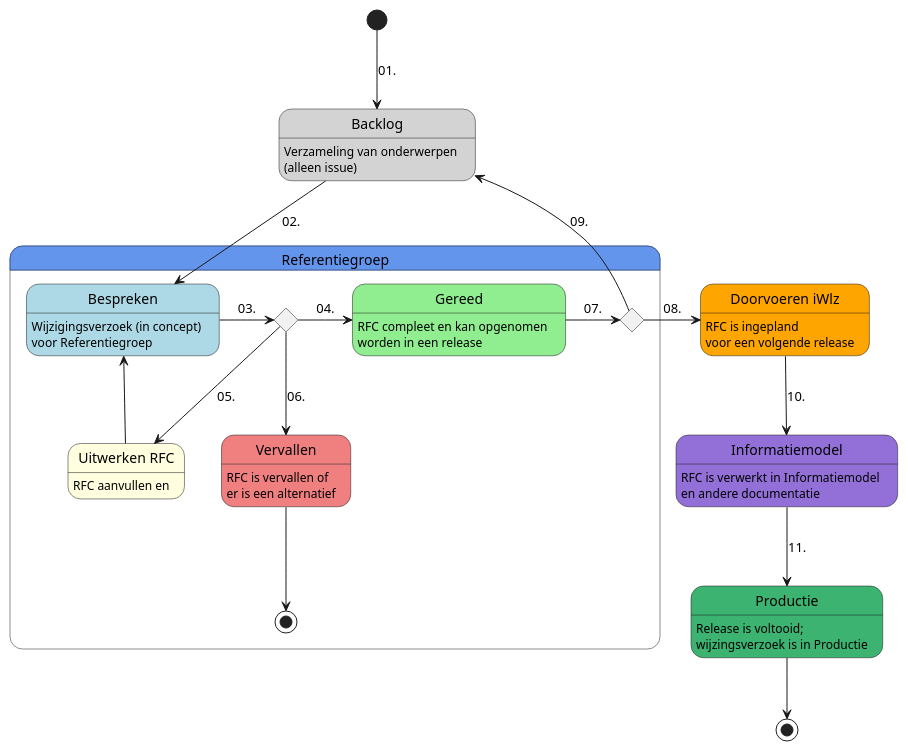
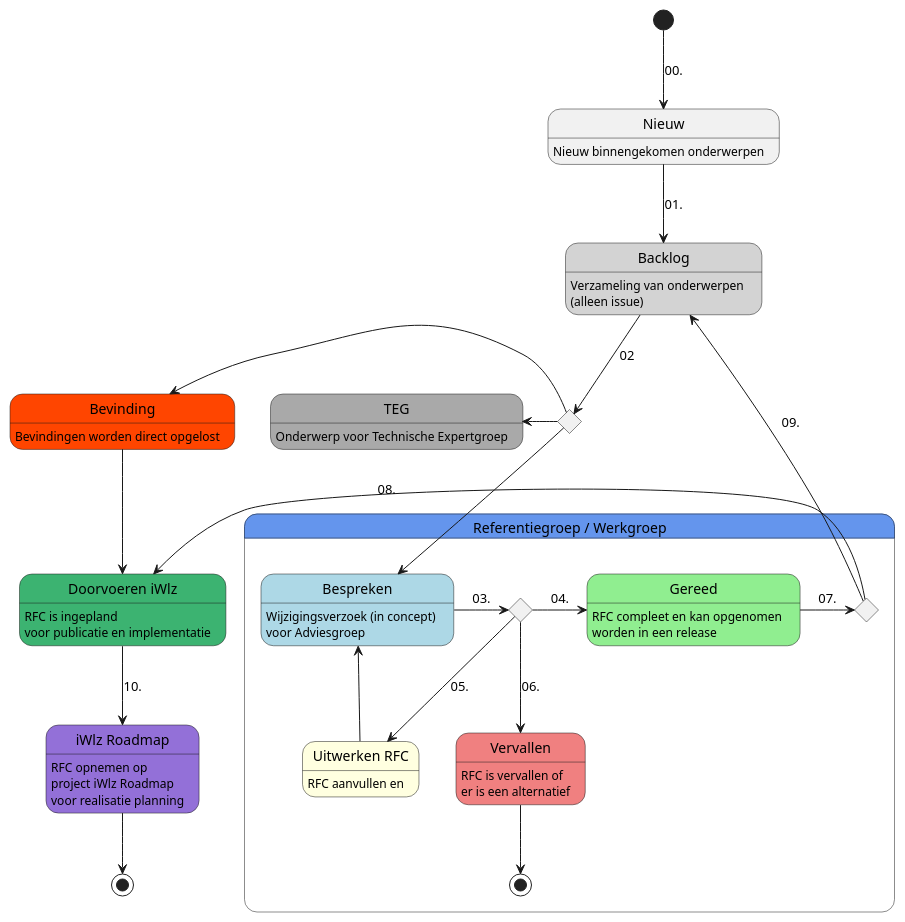
Before and after one commit to iStandaarden/iWlz_RequestForChange: the diagram in src/Wijzigingsverzoek_flow.puml, drawn with PlantUML. The commit also changed 2 other files, not shown here.

Commit message:
flow update

```diff
--- a/src/Wijzigingsverzoek_flow.puml
+++ b/src/Wijzigingsverzoek_flow.puml
@@ -1,41 +1,54 @@
 @startuml Workflow Request for Changes iStandaard
 
+state Nieuw : Nieuw binnengekomen onderwerpen
 state Backlog #LightGray : Verzameling van onderwerpen \n(alleen issue)
+state grpchoice <<choice>>
+state TEG #DarkGray : Onderwerp voor Technische Expertgroep
+state Bevinding #OrangeRed : Bevindingen worden direct opgelost
 
- [*] --> Backlog : 01.
 
-state Referentiegroep #CornflowerBlue {
-    state Bespreken #LightBlue: Wijzigingsverzoek (in concept) \nvoor Referentiegroep
+[*] --> Nieuw : 00.
+Nieuw --> Backlog : 01.
+Backlog -down-> grpchoice : 02
+grpchoice -left-> TEG
+grpchoice -left-> Bevinding
+
+
+
+state "Referentiegroep / Werkgroep" as adviesgrp #CornflowerBlue {
+    state Bespreken #LightBlue: Wijzigingsverzoek (in concept) \nvoor Adviesgroep
     state refgrp <<choice>>
     state "Uitwerken RFC" as uitwerken #LightYellow : RFC aanvullen en 
     state Gereed #LightGreen : RFC compleet en kan opgenomen \nworden in een release
     state refgrp_besluit <<choice>>
     state Vervallen #LightCoral : RFC is vervallen of \ner is een alternatief
 
-    Backlog --> Bespreken : 02.
+    grpchoice --> Bespreken
+
     Bespreken -> refgrp : 03.
 
     refgrp -> Gereed : 04.
     refgrp -> uitwerken : 05.
     refgrp --> Vervallen : 06.
 
     uitwerken -up-> Bespreken
 
     Gereed -> refgrp_besluit : 07.
     
     Backlog <-- refgrp_besluit : 09.
 
     Vervallen --> [*]
 }
 
-state "Doorvoeren iWlz" as planned #Orange : RFC is ingepland \nvoor een volgende release
+state "Doorvoeren iWlz" as planned #MediumSeaGreen : RFC is ingepland \nvoor publicatie en implementatie
     refgrp_besluit -right-> planned : 08.
+    Bevinding --> planned
 
-state "Informatiemodel" #MediumPurple : RFC is verwerkt in Informatiemodel \nen andere documentatie
-    planned --> Informatiemodel: 10.
+state "iWlz Roadmap" as Roadmap #MediumPurple : RFC opnemen op \nproject iWlz Roadmap \nvoor realisatie planning
+    planned --> Roadmap: 10.
 
-state "Productie" #MediumSeaGreen : Release is voltooid; \nwijzingsverzoek is in Productie
-    Informatiemodel --> Productie : 11.
-    Productie --> [*]
+
+    Roadmap --> [*]
+
 
 @enduml
```
